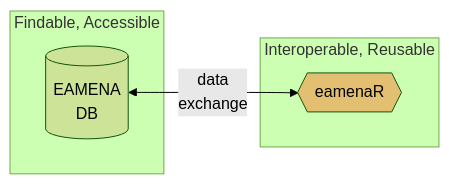
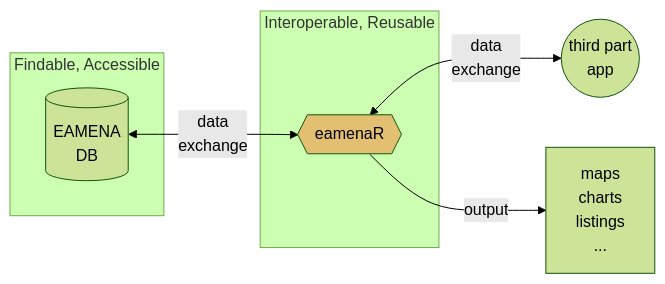
The third of 3 diagrams in temp/test-quarto-mermaids.md (eamena-project/eamena-arches-dev), drawn with Mermaid (forest theme) before and after one commit.

````diff
--- a/temp/test-quarto-mermaids.md
+++ b/temp/test-quarto-mermaids.md
@@ -20,11 +20,13 @@
 ```mermaid
 flowchart LR
     subgraph ide1 [ Findable, Accessible ]
     A[(EAMENA<br>DB)];
     end
     A[(EAMENA<br>DB)] <--data<br>exchange--> B{{"eamenaR"}}:::eamenaRpkg;
     subgraph ide2 [ Interoperable, Reusable ]
     B;
     end
+    B <--data<br>exchange--> C((third part<br>app));
+    B --"output"--> D[maps<br>charts<br>listings<br>...];
     classDef eamenaRpkg fill:#e3c071;
 ```
````
